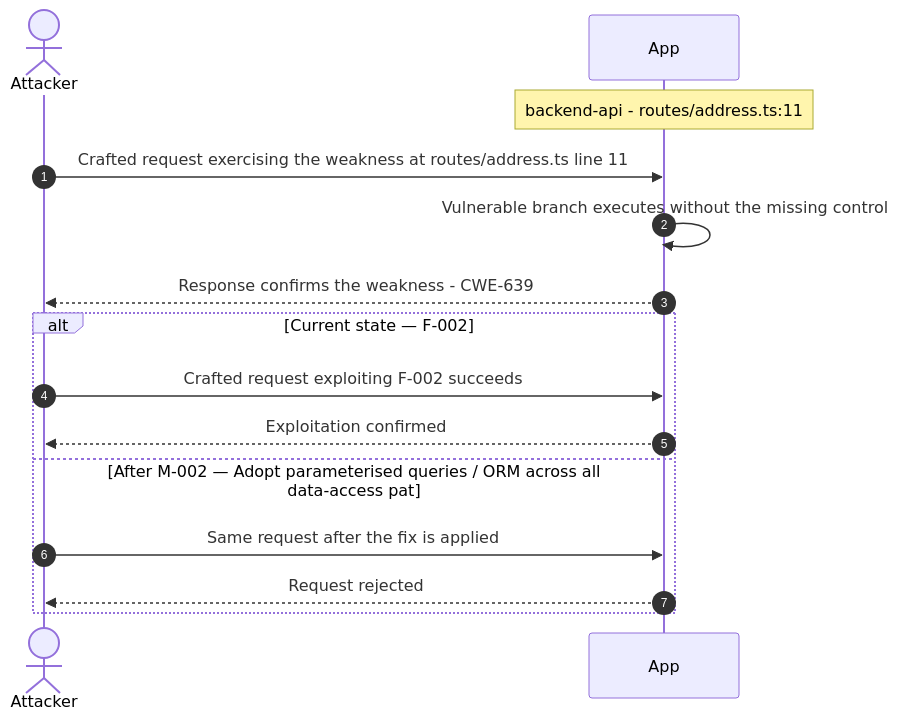
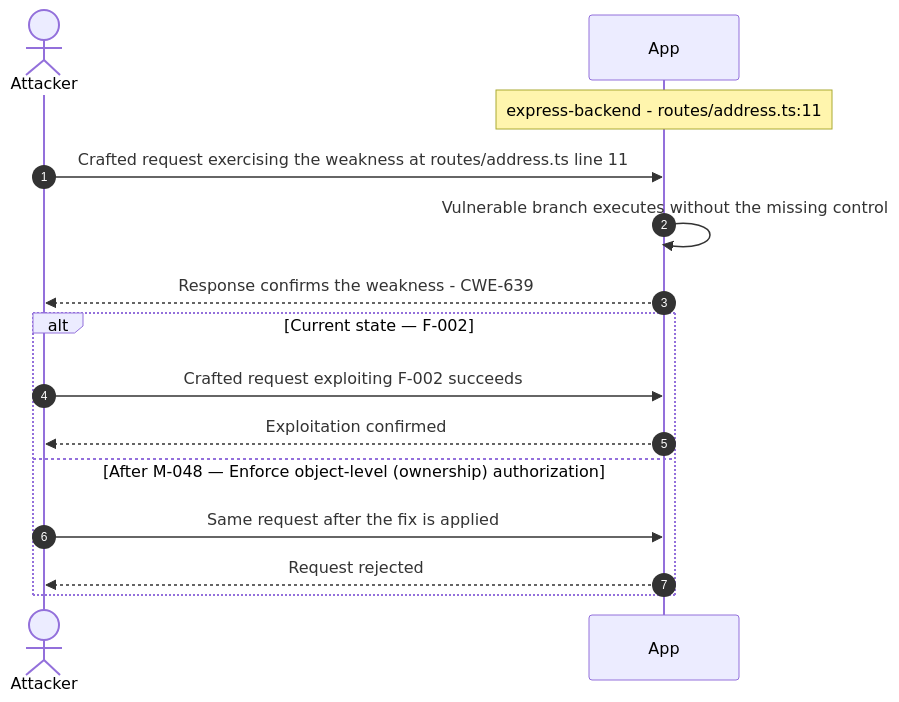
One commit to appsec-foundry/appsec-advisor changed the ninth of 28 diagrams in examples/threat-modeler/threat-model-juice-shop-standard.md. Above: the diagram before and after it, drawn with Mermaid. The commit also changed other lines of this file and 12 other files, not shown here.

````diff
--- a/examples/threat-modeler/threat-model-juice-shop-standard.md
+++ b/examples/threat-modeler/threat-model-juice-shop-standard.md
@@ -624,17 +587,17 @@
 ```mermaid
 sequenceDiagram
     autonumber
     actor Attacker
     participant App
-    Note over App: backend-api - routes/address.ts:11
+    Note over App: express-backend - routes/address.ts:11
     Attacker->>App: Crafted request exercising the weakness at routes/address.ts line 11
     App->>App: Vulnerable branch executes without the missing control
     App-->>Attacker: Response confirms the weakness - CWE-639
     alt Current state — F-002
         Attacker->>App: Crafted request exploiting F-002 succeeds
         App-->>Attacker: Exploitation confirmed
-    else After M-002 — Adopt parameterised queries / ORM across all data-access pat
+    else After M-048 — Enforce object-level (ownership) authorization
         Attacker->>App: Same request after the fix is applied
         App-->>Attacker: Request rejected
     end
 ```
````
